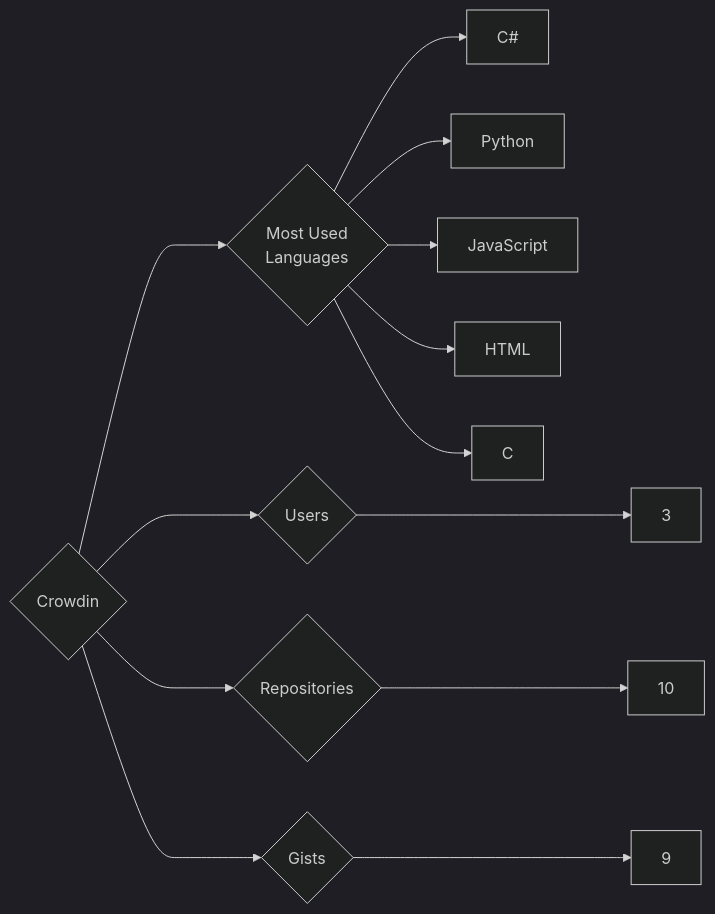
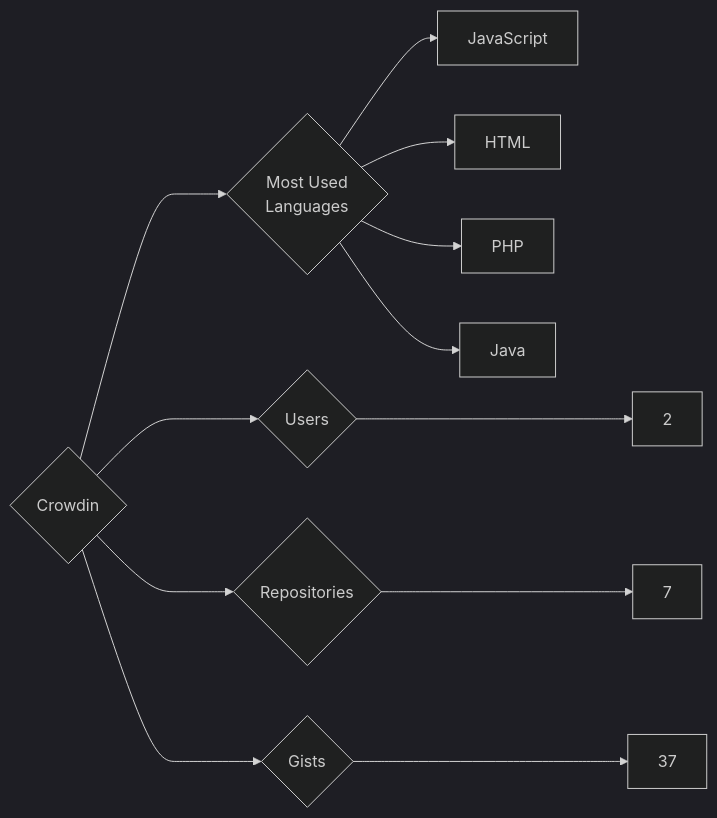
One commit to trickest/insiders changed the diagram in targets/Crowdin/README.md. Above: the diagram before and after it, drawn with Mermaid (dark theme). The commit also changed 874 other files, not shown here.

````diff
--- a/targets/Crowdin/README.md
+++ b/targets/Crowdin/README.md
@@ -3,13 +3,12 @@
 ```mermaid
 graph LR
 COMPANY_NAME{Crowdin}
-COMPANY_NAME ---> U{Users} ---> UN[3]
-COMPANY_NAME ---> R{Repositories} ---> RN[10]
-COMPANY_NAME ---> G{Gists} ---> GN[9]
+COMPANY_NAME ---> U{Users} ---> UN[2]
+COMPANY_NAME ---> R{Repositories} ---> RN[7]
+COMPANY_NAME ---> G{Gists} ---> GN[37]
 COMPANY_NAME ---> ML{Most Used<br>Languages}
-ML --> C#[C#]
-ML --> Python[Python]
 ML --> JavaScript[JavaScript]
 ML --> HTML[HTML]
-ML --> C[C]
+ML --> PHP[PHP]
+ML --> Java[Java]
 ```
````
